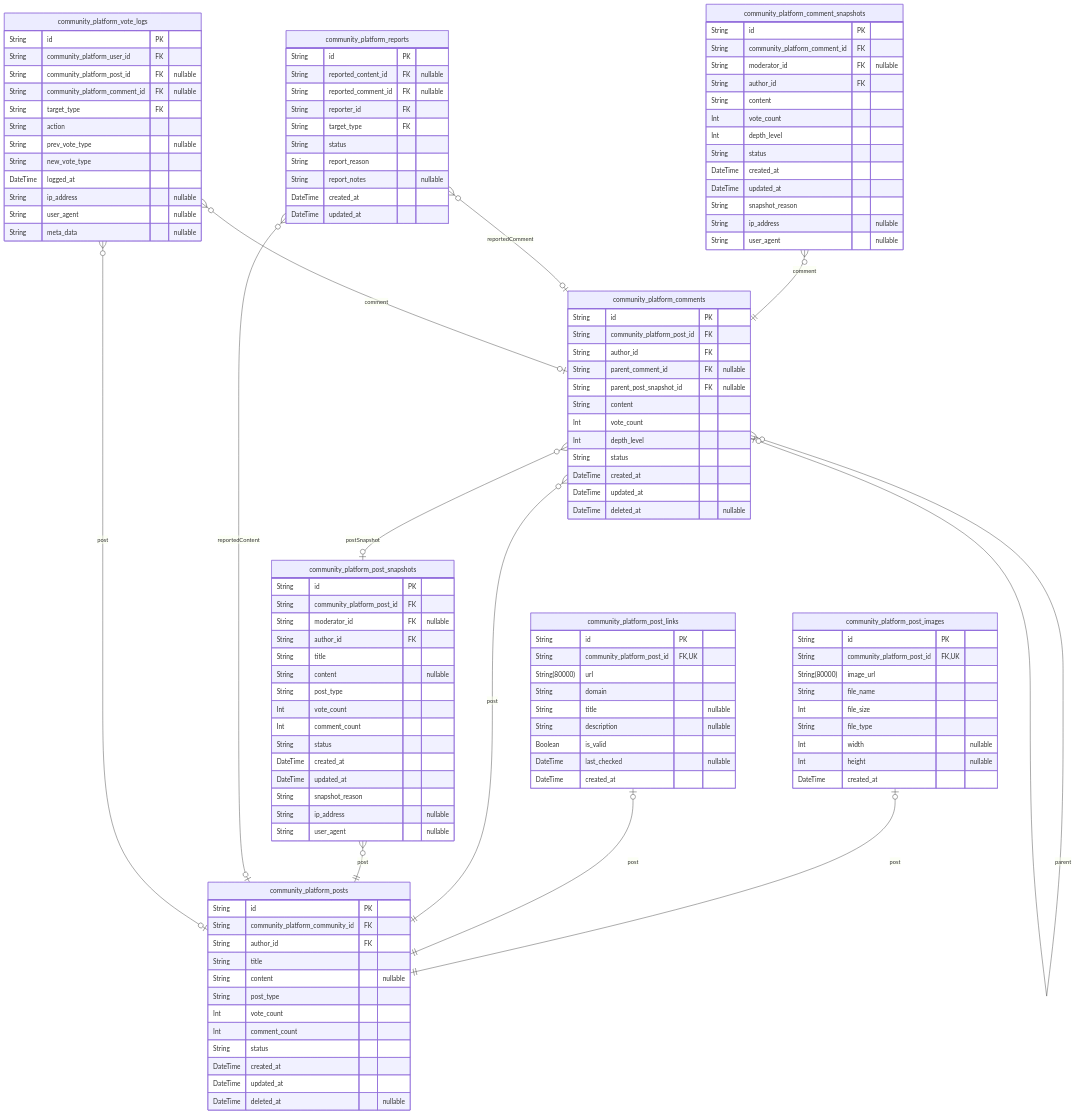
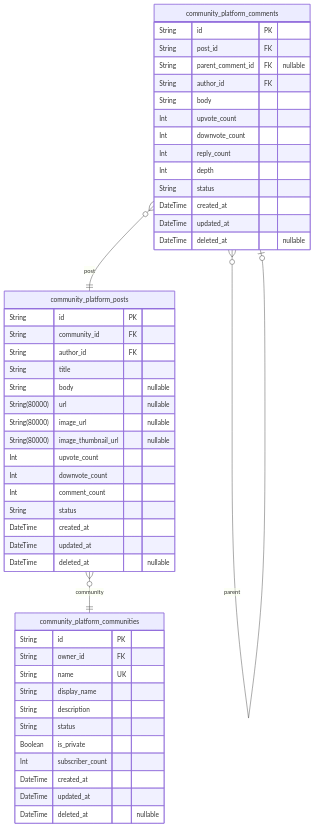
One commit to wrtnlabs/autobe-examples changed the third of 10 diagrams in qwen/qwen3-next-80b-a3b-instruct/reddit/docs/ERD.md. Above: the diagram before and after it, drawn with Mermaid. The commit also changed other lines of this file and 16146 other files, not shown here.

````diff
--- a/qwen/qwen3-next-80b-a3b-instruct/reddit/docs/ERD.md
+++ b/qwen/qwen3-next-80b-a3b-instruct/reddit/docs/ERD.md
@@ -525,122 +322,51 @@
 ```mermaid
 erDiagram
+"community_platform_communities" {
+  String id PK
+  String owner_id FK
+  String name UK
+  String display_name
+  String description
+  String status
+  Boolean is_private
+  Int subscriber_count
+  DateTime created_at
+  DateTime updated_at
+  DateTime deleted_at "nullable"
+}
 "community_platform_posts" {
   String id PK
-  String community_platform_community_id FK
+  String community_id FK
   String author_id FK
   String title
-  String content "nullable"
-  String post_type
-  Int vote_count
+  String body "nullable"
+  String(80000) url "nullable"
+  String(80000) image_url "nullable"
+  String(80000) image_thumbnail_url "nullable"
+  Int upvote_count
+  Int downvote_count
   Int comment_count
   String status
   DateTime created_at
   DateTime updated_at
   DateTime deleted_at "nullable"
 }
-"community_platform_post_images" {
-  String id PK
-  String community_platform_post_id FK,UK
-  String(80000) image_url
-  String file_name
-  Int file_size
-  String file_type
-  Int width "nullable"
-  Int height "nullable"
-  DateTime created_at
-}
-"community_platform_post_links" {
-  String id PK
-  String community_platform_post_id FK,UK
-  String(80000) url
-  String domain
-  String title "nullable"
-  String description "nullable"
-  Boolean is_valid
-  DateTime last_checked "nullable"
-  DateTime created_at
-}
 "community_platform_comments" {
   String id PK
-  String community_platform_post_id FK
+  String post_id FK
+  String parent_comment_id FK "nullable"
   String author_id FK
-  String parent_comment_id FK "nullable"
-  String parent_post_snapshot_id FK "nullable"
-  String content
-  Int vote_count
-  Int depth_level
+  String body
+  Int upvote_count
+  Int downvote_count
+  Int reply_count
+  Int depth
   String status
   DateTime created_at
   DateTime updated_at
   DateTime deleted_at "nullable"
 }
-"community_platform_post_snapshots" {
-  String id PK
-  String community_platform_post_id FK
-  String moderator_id FK "nullable"
-  String author_id FK
-  String title
-  String content "nullable"
-  String post_type
-  Int vote_count
-  Int comment_count
-  String status
-  DateTime created_at
-  DateTime updated_at
-  String snapshot_reason
-  String ip_address "nullable"
-  String user_agent "nullable"
-}
-"community_platform_comment_snapshots" {
-  String id PK
-  String community_platform_comment_id FK
-  String moderator_id FK "nullable"
-  String author_id FK
-  String content
-  Int vote_count
-  Int depth_level
-  String status
-  DateTime created_at
-  DateTime updated_at
-  String snapshot_reason
-  String ip_address "nullable"
-  String user_agent "nullable"
-}
-"community_platform_reports" {
-  String id PK
-  String reported_content_id FK "nullable"
-  String reported_comment_id FK "nullable"
-  String reporter_id FK
-  String target_type FK
-  String status
-  String report_reason
-  String report_notes "nullable"
-  DateTime created_at
-  DateTime updated_at
-}
-"community_platform_vote_logs" {
-  String id PK
-  String community_platform_user_id FK
-  String community_platform_post_id FK "nullable"
-  String community_platform_comment_id FK "nullable"
-  String target_type FK
-  String action
-  String prev_vote_type "nullable"
-  String new_vote_type
-  DateTime logged_at
-  String ip_address "nullable"
-  String user_agent "nullable"
-  String meta_data "nullable"
-}
-"community_platform_post_images" |o--|| "community_platform_posts" : post
-"community_platform_post_links" |o--|| "community_platform_posts" : post
+"community_platform_posts" }o--|| "community_platform_communities" : community
 "community_platform_comments" }o--|| "community_platform_posts" : post
 "community_platform_comments" }o--o| "community_platform_comments" : parent
-"community_platform_comments" }o--o| "community_platform_post_snapshots" : postSnapshot
-"community_platform_post_snapshots" }o--|| "community_platform_posts" : post
-"community_platform_comment_snapshots" }o--|| "community_platform_comments" : comment
-"community_platform_reports" }o--o| "community_platform_posts" : reportedContent
-"community_platform_reports" }o--o| "community_platform_comments" : reportedComment
-"community_platform_vote_logs" }o--o| "community_platform_posts" : post
-"community_platform_vote_logs" }o--o| "community_platform_comments" : comment
 ```
````
